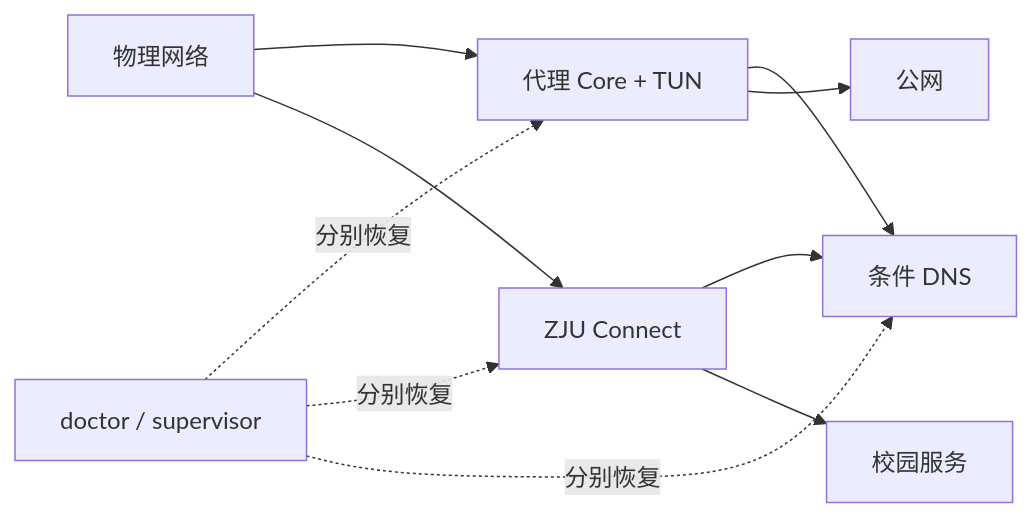
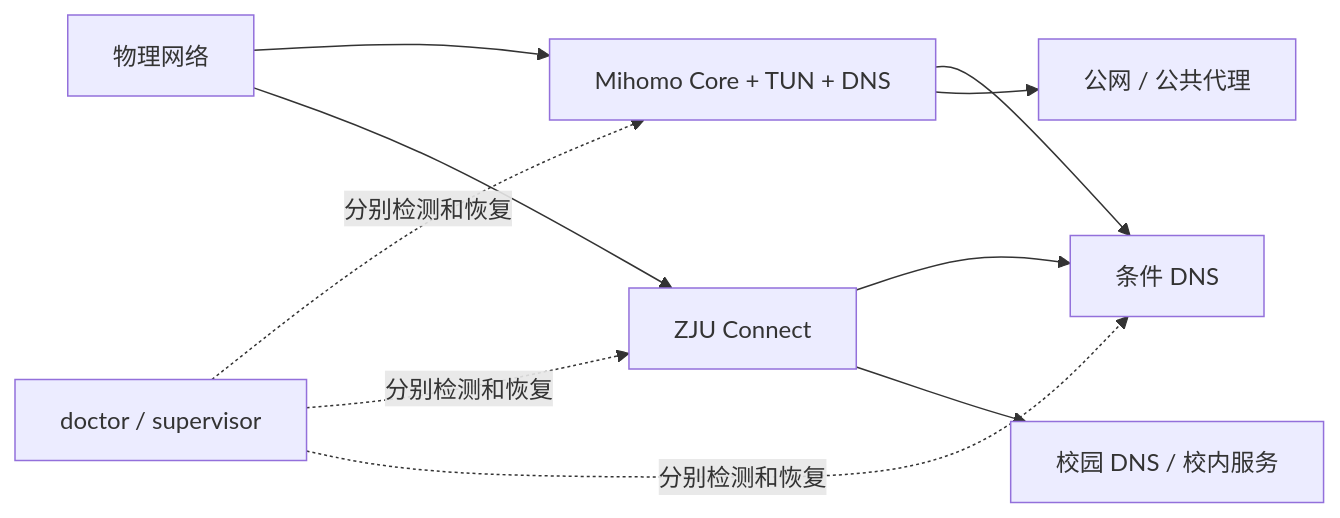
Before and after one commit to Anchorite-no/zjunet-skill: the seventh of 7 diagrams in docs/architecture.md, drawn with Mermaid. The commit also changed other lines of this file and 1 other file, not shown here.

Commit message:
Document complete DNS request lifecycle

````diff
--- a/docs/architecture.md
+++ b/docs/architecture.md
@@ -47,12 +422,12 @@
 ```mermaid
 flowchart LR
-    UNDERLAY["物理网络"] --> CORE["代理 Core + TUN"]
+    UNDERLAY["物理网络"] --> CORE["Mihomo Core + TUN + DNS"]
     UNDERLAY --> ZJU["ZJU Connect"]
     CORE --> COND["条件 DNS"]
     ZJU --> COND
-    CORE --> PUBLIC["公网"]
-    ZJU --> INTERNAL["校园服务"]
-    SUP["doctor / supervisor"] -. "分别恢复" .-> CORE
-    SUP -. "分别恢复" .-> ZJU
-    SUP -. "分别恢复" .-> COND
+    CORE --> PUBLIC["公网 / 公共代理"]
+    ZJU --> INTERNAL["校园 DNS / 校内服务"]
+    SUP["doctor / supervisor"] -. "分别检测和恢复" .-> CORE
+    SUP -. "分别检测和恢复" .-> ZJU
+    SUP -. "分别检测和恢复" .-> COND
 ```
````
